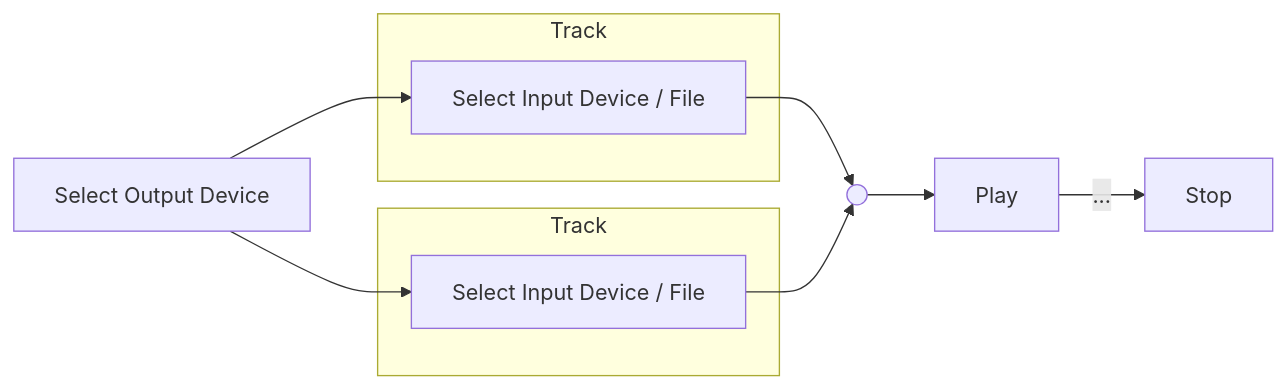
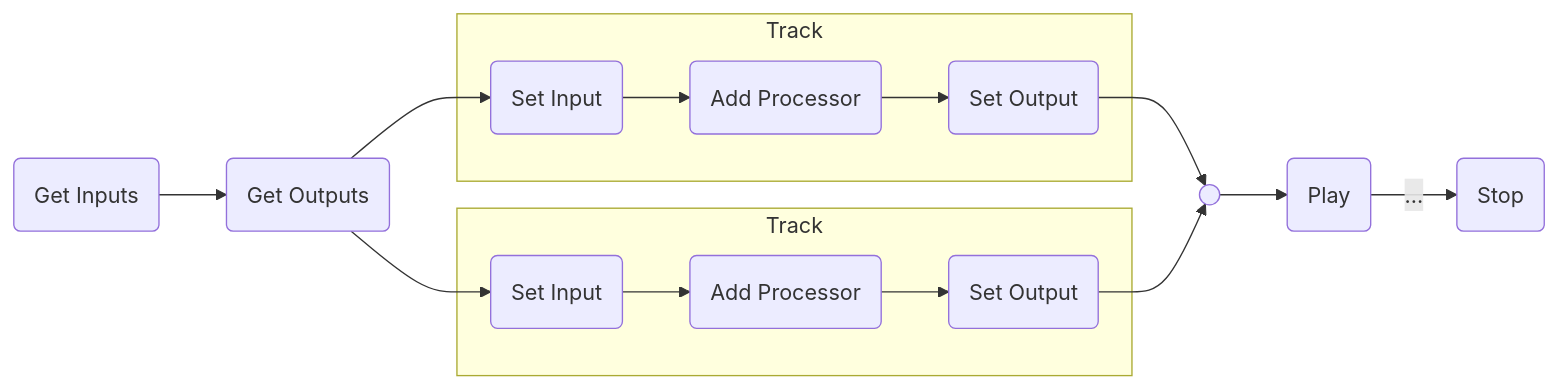
One commit to aidan-clyens/miniaudioengine changed the seventh of 22 diagrams in docs/DESIGN_DOC.md. Above: the diagram before and after it, drawn with Mermaid. The commit also changed other lines of this file and 1 other file, not shown here.

````diff
--- a/docs/DESIGN_DOC.md
+++ b/docs/DESIGN_DOC.md
@@ -251,28 +247,40 @@
 ```mermaid
 flowchart LR
 
-    subgraph Node["Track"]
-        Step2["Select Input Device / File"]
+    getInputs("Get Inputs")
+    getOutputs("Get Outputs")
+
+    subgraph track1["Track"]
+        selectInputTrack1("Set Input")
+        addProcessorTrack1("Add Processor")
+        selectOutputTrack1("Set Output")
     end
 
-    subgraph Track2["Track"]
-        Step22["Select Input Device / File"]
+    subgraph track2["Track"]
+        selectInputTrack2("Set Input")
+        addProcessorTrack2("Add Processor")
+        selectOutputTrack2("Set Output")
     end
-
-    SelectOutput["Select Output Device"]
 
     J((" "))
 
-    Step4["Play"]
-    Step5["Stop"]
+    play("Play")
+    stop("Stop")
 
-    SelectOutput --> Step2
-    SelectOutput --> Step22 
+    getInputs --> getOutputs
+    getOutputs --> selectInputTrack1
+    getOutputs --> selectInputTrack2
 
-    Step4 -->|...| Step5
+    selectInputTrack1 --> addProcessorTrack1
+    addProcessorTrack1 --> selectOutputTrack1
 
-    Step2 --> J
-    Step22 --> J
+    selectInputTrack2 --> addProcessorTrack2
+    addProcessorTrack2 --> selectOutputTrack2
 
-    J --> Step4
+    play -->|...| stop
+
+    selectOutputTrack1 --> J
+    selectOutputTrack2 --> J
+
+    J --> play
 ```
````
